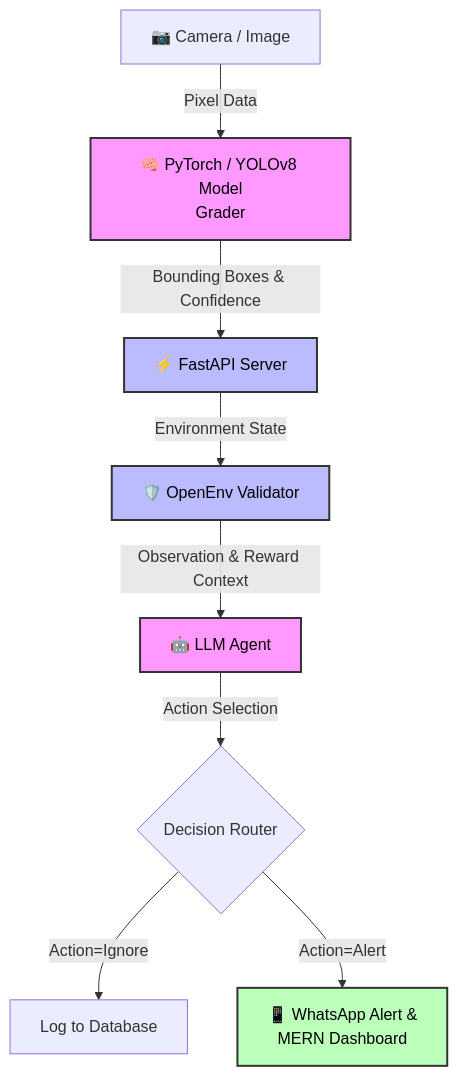
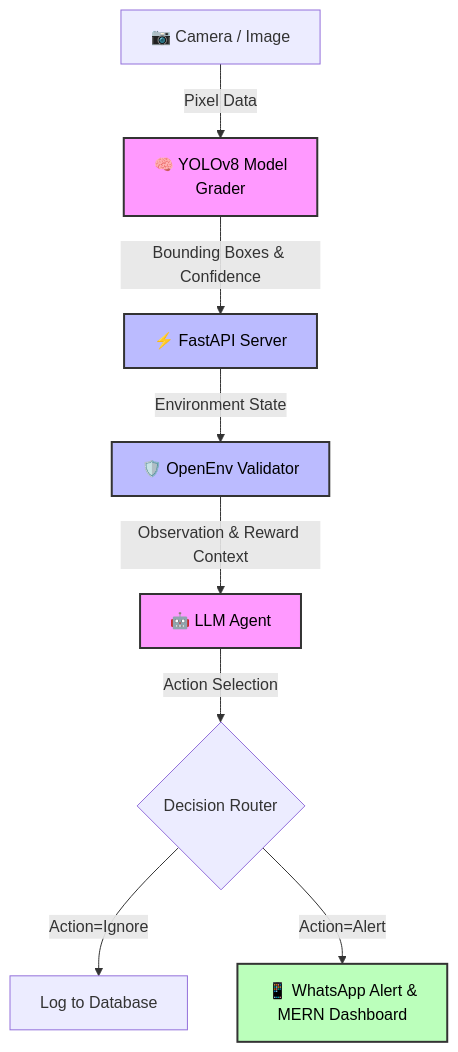
One commit to manthankharote/Illegal-Dumping-Detection changed the diagram in README.md. Above: the diagram before and after it, drawn with Mermaid.

````diff
--- a/README.md
+++ b/README.md
@@ -24,20 +24,20 @@
 ```mermaid
 graph TD;
-    A[📷 Camera / Image] -->|Pixel Data| B[🧠 PyTorch / YOLOv8 Model<br/>Grader]
+    A[📷 Camera / Image] -->|Pixel Data| B[🧠 YOLOv8 Model<br/>Grader]
     B -->|Bounding Boxes & Confidence| C[⚡ FastAPI Server]
     C -->|Environment State| D[🛡️ OpenEnv Validator]
     D -->|Observation & Reward Context| E[🤖 LLM Agent]
     E -->|Action Selection| F{Decision Router}
     F -->|Action=Ignore| G[Log to Database]
     F -->|Action=Alert| H[📱 WhatsApp Alert &<br/>MERN Dashboard]
     
     classDef ai fill:#f9f,stroke:#333,stroke-width:2px,color:#000;
     classDef backend fill:#bbf,stroke:#333,stroke-width:2px,color:#000;
     classDef client fill:#bfb,stroke:#333,stroke-width:2px,color:#000;
     
     B:::ai
     E:::ai
     C:::backend
     D:::backend
     H:::client
 ```
````
